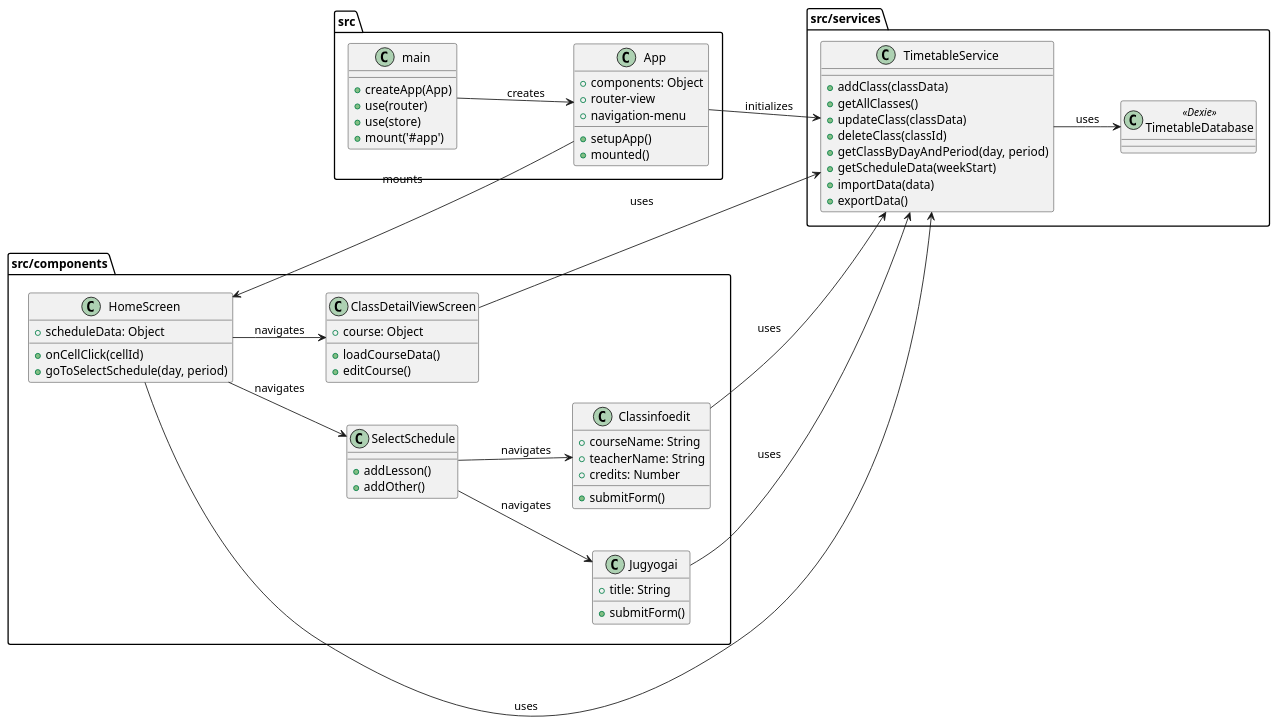
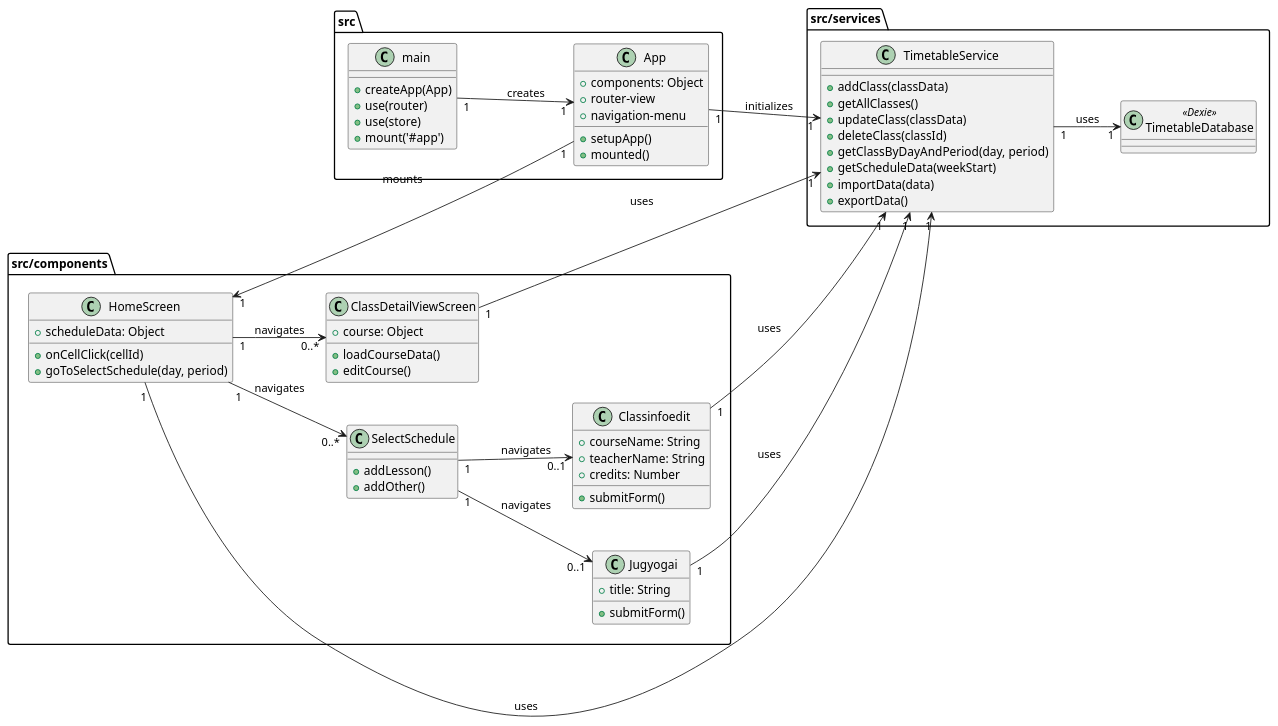
The diagram in ClassFigure.puml (Ikeda-g031/Saka-tec), drawn with PlantUML before and after one commit. The commit also changed 1 other file, not shown here.

Commit message:
chore:クラス図の調整

```diff
--- a/ClassFigure.puml
+++ b/ClassFigure.puml
@@ -1,92 +1,92 @@
 @startuml
 ' Saka-tec アプリケーション構成クラス図
 left to right direction
 skinparam nodesep 50
 skinparam ranksep 50
 
 together {
   package "src" {
     class main {
       +createApp(App)
       +use(router)
       +use(store)
       +mount('#app')
     }
 
     class App {
       +components: Object
       +router-view
       +navigation-menu
       +setupApp()
       +mounted()
     }
   }
 
   package "src/services" {
     class TimetableService {
       +addClass(classData)
       +getAllClasses()
       +updateClass(classData)
       +deleteClass(classId)
       +getClassByDayAndPeriod(day, period)
       +getScheduleData(weekStart)
       +importData(data)
       +exportData()
     }
     class TimetableDatabase <<Dexie>>
   }
 }
 
 package "src/components" {
   together {
     class HomeScreen {
       +scheduleData: Object
       +onCellClick(cellId)
       +goToSelectSchedule(day, period)
     }
     class ClassDetailViewScreen {
       +course: Object
       +loadCourseData()
       +editCourse()
     }
   }
   
   together {
     class Classinfoedit {
       +courseName: String
       +teacherName: String
       +credits: Number
       +submitForm()
     }
     class Jugyogai {
       +title: String
       +submitForm()
     }
     class SelectSchedule {
       +addLesson()
       +addOther()
     }
   }
 }
 
 ' アプリケーションの初期化フロー
-main --> App : creates
-App --> HomeScreen : mounts
-App --> TimetableService : initializes
+main "1" --> "1" App : creates
+App "1" --> "1" HomeScreen : mounts
+App "1" --> "1" TimetableService : initializes
 
 ' サービスの依存関係
-TimetableService --> TimetableDatabase : uses
+TimetableService "1" --> "1" TimetableDatabase : uses
 
 ' コンポーネントの依存関係
-HomeScreen --> TimetableService : uses
-Classinfoedit --> TimetableService : uses
-Jugyogai --> TimetableService : uses
-ClassDetailViewScreen --> TimetableService : uses
+HomeScreen "1" --> "1" TimetableService : uses
+Classinfoedit "1" --> "1" TimetableService : uses
+Jugyogai "1" --> "1" TimetableService : uses
+ClassDetailViewScreen "1" --> "1" TimetableService : uses
 
 ' ナビゲーションフロー
-HomeScreen --> SelectSchedule : navigates
-HomeScreen --> ClassDetailViewScreen : navigates
-SelectSchedule --> Classinfoedit : navigates
-SelectSchedule --> Jugyogai : navigates
+HomeScreen "1" --> "0..*" SelectSchedule : navigates
+HomeScreen "1" --> "0..*" ClassDetailViewScreen : navigates
+SelectSchedule "1" --> "0..1" Classinfoedit : navigates
+SelectSchedule "1" --> "0..1" Jugyogai : navigates
 
 @enduml
```
